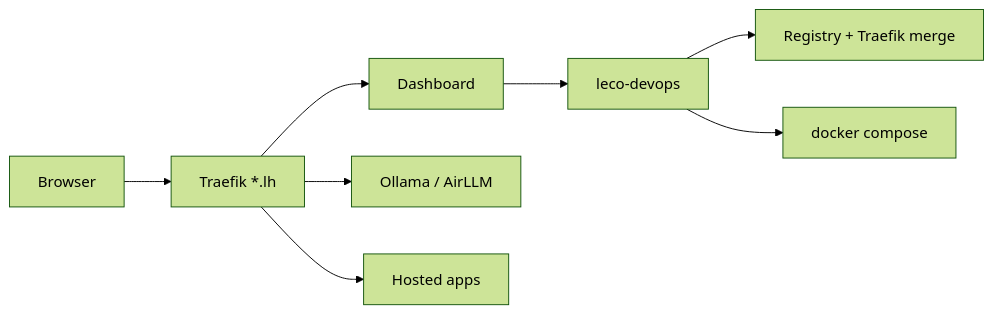
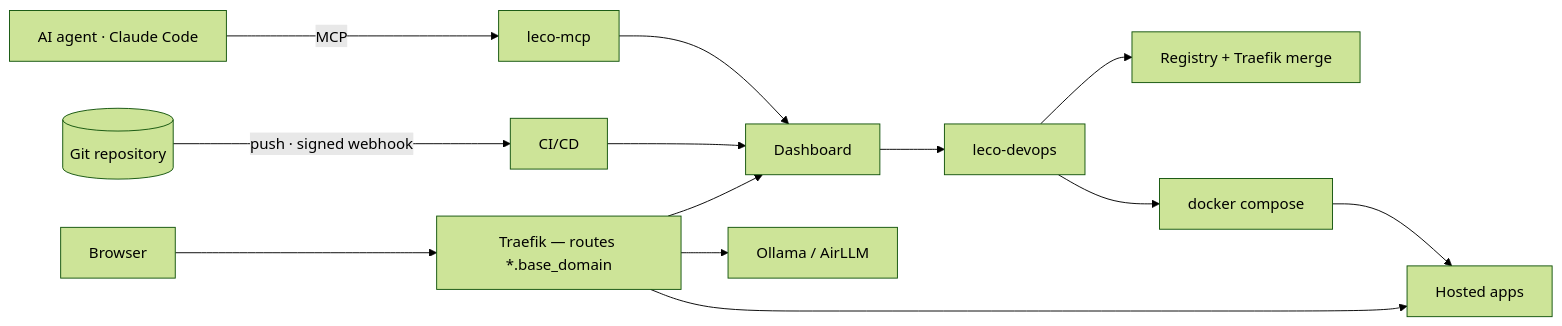
One commit to leco-devops/local-ecosystem changed the diagram in docs/help/00-welcome.md. Above: the diagram before and after it, drawn with Mermaid (forest theme). The commit also changed other lines of this file and 148 other files, not shown here.

First line of the commit message:
feat: MCP server, CI/CD, Git onboarding, and real-domain support

````diff
--- a/docs/help/00-welcome.md
+++ b/docs/help/00-welcome.md
@@ -13,10 +13,18 @@
 ```mermaid
 flowchart LR
-  B[Browser] --> T[Traefik *.lh]
-  T --> D[Dashboard]
-  T --> AI[Ollama / AirLLM]
-  T --> H[Hosted apps]
-  D --> CLI[leco-devops]
-  CLI --> R[Registry + Traefik merge]
-  CLI --> C[docker compose]
+  B["Browser"] --> T["Traefik — routes *.base_domain"]
+  A["AI agent · Claude Code"] -->|MCP| M["leco-mcp"]
+  G[("Git repository")] -->|"push · signed webhook"| CI["CI/CD"]
+
+  T --> D["Dashboard"]
+  T --> LLM["Ollama / AirLLM"]
+  T --> H["Hosted apps"]
+
+  M --> D
+  CI --> D
+
+  D --> CLI["leco-devops"]
+  CLI --> R["Registry + Traefik merge"]
+  CLI --> C["docker compose"]
+  C --> H
 ```
````
